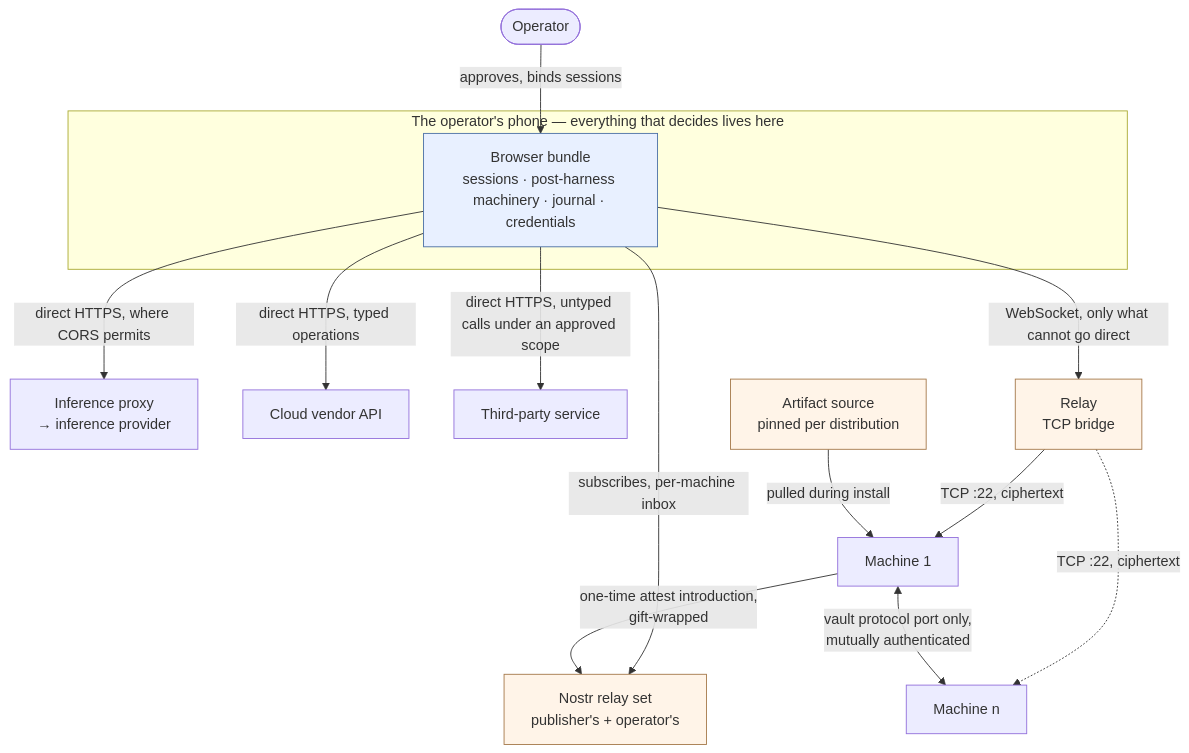
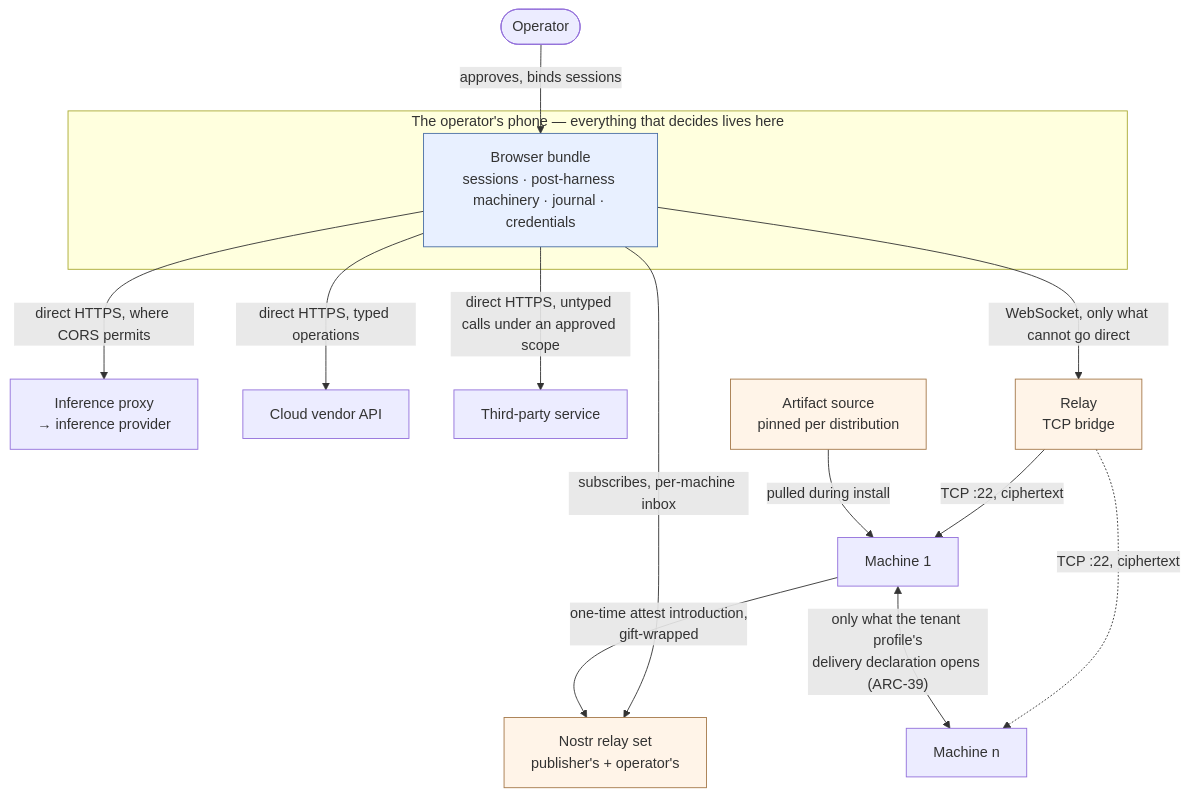
Before and after one commit to douglaz/tau-web-spec: the diagram in 00-overview.md, drawn with Mermaid. The commit also changed 11 other files, not shown here.

````diff
--- a/00-overview.md
+++ b/00-overview.md
@@ -129,21 +129,21 @@
 ```mermaid
 flowchart TD
     OP([Operator]) -->|approves, binds sessions| BR
     subgraph PHONE["The operator's phone — everything that decides lives here"]
         BR["Browser bundle<br/>sessions · post-harness machinery · journal · credentials"]
     end
     BR -->|"direct HTTPS, where CORS permits"| INF["Inference proxy<br/>→ inference provider"]
     BR -->|"direct HTTPS, typed operations"| VND["Cloud vendor API"]
     BR -->|"direct HTTPS, untyped calls under an approved scope"| SVC["Third-party service"]
     BR -->|"WebSocket, only what cannot go direct"| RLY["Relay<br/>TCP bridge"]
     BR -->|"subscribes, per-machine inbox"| NR["Nostr relay set<br/>publisher's + operator's"]
     RLY -->|"TCP :22, ciphertext"| M1["Machine 1"]
     RLY -.->|"TCP :22, ciphertext"| M2["Machine n"]
     M1 -->|"one-time attest introduction,<br/>gift-wrapped"| NR
-    M1 <-->|"vault protocol port only,<br/>mutually authenticated"| M2
+    M1 <-->|"only what the tenant profile's<br/>delivery declaration opens (ARC-39)"| M2
     ART["Artifact source<br/>pinned per distribution"] -->|"pulled during install"| M1
     classDef trusted fill:#e8f0ff,stroke:#4a6fa5
     classDef untrusted fill:#fff4e8,stroke:#a5794a
     class BR trusted
     class RLY,NR,ART untrusted
 ```
````
